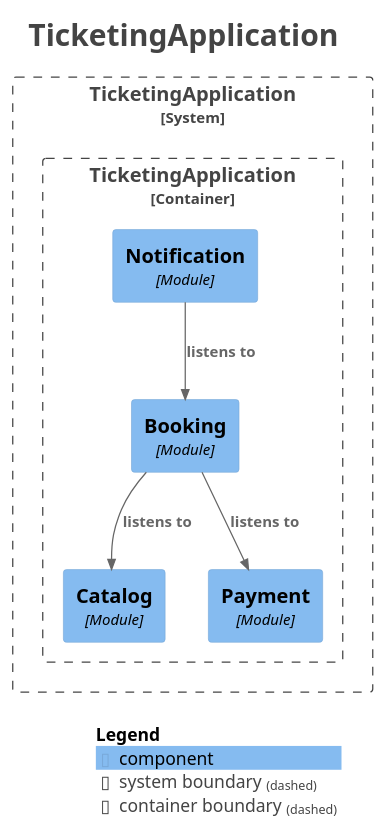
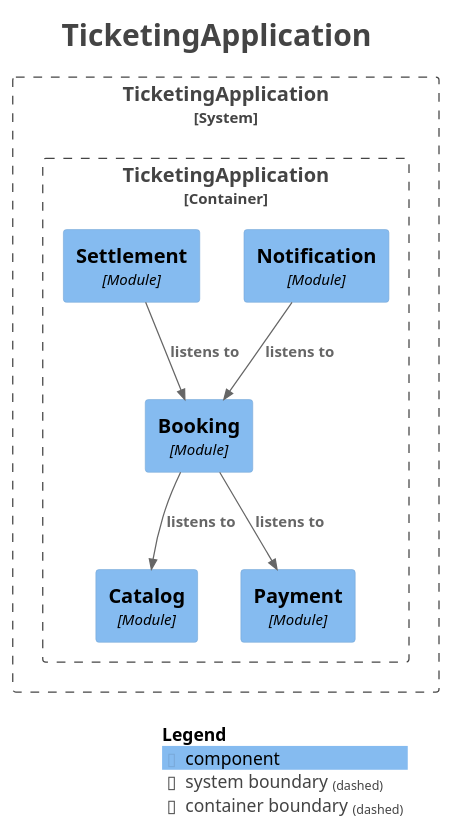
One commit to jkonury/ticketing changed the diagram in docs/modulith/components.puml. Above: the diagram before and after it, drawn with PlantUML. The commit also changed 11 other files, not shown here.

```diff
--- a/docs/modulith/components.puml
+++ b/docs/modulith/components.puml
@@ -1,34 +1,36 @@
 @startuml
 title <size:24>TicketingApplication</size>
 
 set separator none
 top to bottom direction
 
 <style>
   root {
     BackgroundColor: #ffffff
     FontColor: #444444
   }
 </style>
 
 !include <C4/C4>
 !include <C4/C4_Context>
 !include <C4/C4_Component>
 
 System_Boundary("TicketingApplication_boundary", "TicketingApplication", $tags="") {
   Container_Boundary("TicketingApplication.TicketingApplication_boundary", "TicketingApplication", $tags="") {
     Component(TicketingApplication.TicketingApplication.Catalog, "Catalog", $techn="Module", $descr="", $tags="", $link="")
     Component(TicketingApplication.TicketingApplication.Payment, "Payment", $techn="Module", $descr="", $tags="", $link="")
     Component(TicketingApplication.TicketingApplication.Booking, "Booking", $techn="Module", $descr="", $tags="", $link="")
     Component(TicketingApplication.TicketingApplication.Notification, "Notification", $techn="Module", $descr="", $tags="", $link="")
+    Component(TicketingApplication.TicketingApplication.Settlement, "Settlement", $techn="Module", $descr="", $tags="", $link="")
   }
 
 }
 
-Rel(TicketingApplication.TicketingApplication.Booking, TicketingApplication.TicketingApplication.Catalog, "listens to", $techn="", $tags="", $link="")
 Rel(TicketingApplication.TicketingApplication.Notification, TicketingApplication.TicketingApplication.Booking, "listens to", $techn="", $tags="", $link="")
 Rel(TicketingApplication.TicketingApplication.Booking, TicketingApplication.TicketingApplication.Payment, "listens to", $techn="", $tags="", $link="")
+Rel(TicketingApplication.TicketingApplication.Booking, TicketingApplication.TicketingApplication.Catalog, "listens to", $techn="", $tags="", $link="")
+Rel(TicketingApplication.TicketingApplication.Settlement, TicketingApplication.TicketingApplication.Booking, "listens to", $techn="", $tags="", $link="")
 
 SHOW_LEGEND(true)
 hide stereotypes
 @enduml
```
